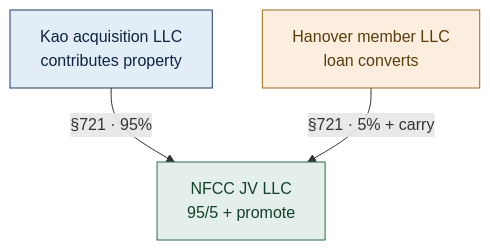
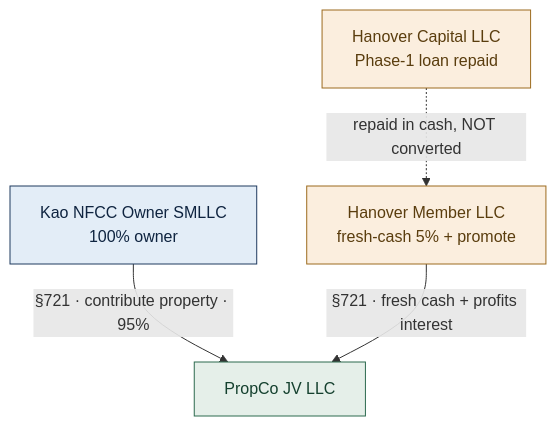
The sixth of 10 diagrams in North_Forsyth_1031_Diagrams.md (EthanCow/North-Forsyth-1031-Diagrams), drawn with Mermaid before and after one commit. The commit also changed other lines of this file and 7 other files, not shown here.

````diff
--- a/North_Forsyth_1031_Diagrams.md
+++ b/North_Forsyth_1031_Diagrams.md
@@ -170,11 +464,13 @@
 ```mermaid
 flowchart TB
-  KLLC["Kao acquisition LLC\ncontributes property"]:::kao
-  HAN["Hanover member LLC\nloan converts"]:::han
-  JV["NFCC JV LLC\n95/5 + promote"]:::asset
-  KLLC -->|"§721 · 95%"| JV
-  HAN -->|"§721 · 5% + carry"| JV
+  LLC["Kao NFCC Owner SMLLC\n100% owner"]:::kao
+  JV["PropCo JV LLC"]:::asset
+  H["Hanover Member LLC\nfresh-cash 5% + promote"]:::han
+  HL["Hanover Capital LLC\nPhase-1 loan repaid"]:::han
+  LLC -->|"§721 · contribute property · 95%"| JV
+  H -->|"§721 · fresh cash + profits interest"| JV
+  HL -.->|"repaid in cash, NOT converted"| H
   classDef kao fill:#e3edf7,stroke:#1f3a5f,color:#0f2440;
   classDef han fill:#fbeede,stroke:#9c6b1e,color:#5a3d0e;
   classDef asset fill:#e5efe9,stroke:#2d6a4f,color:#14402e;
 ```
````
